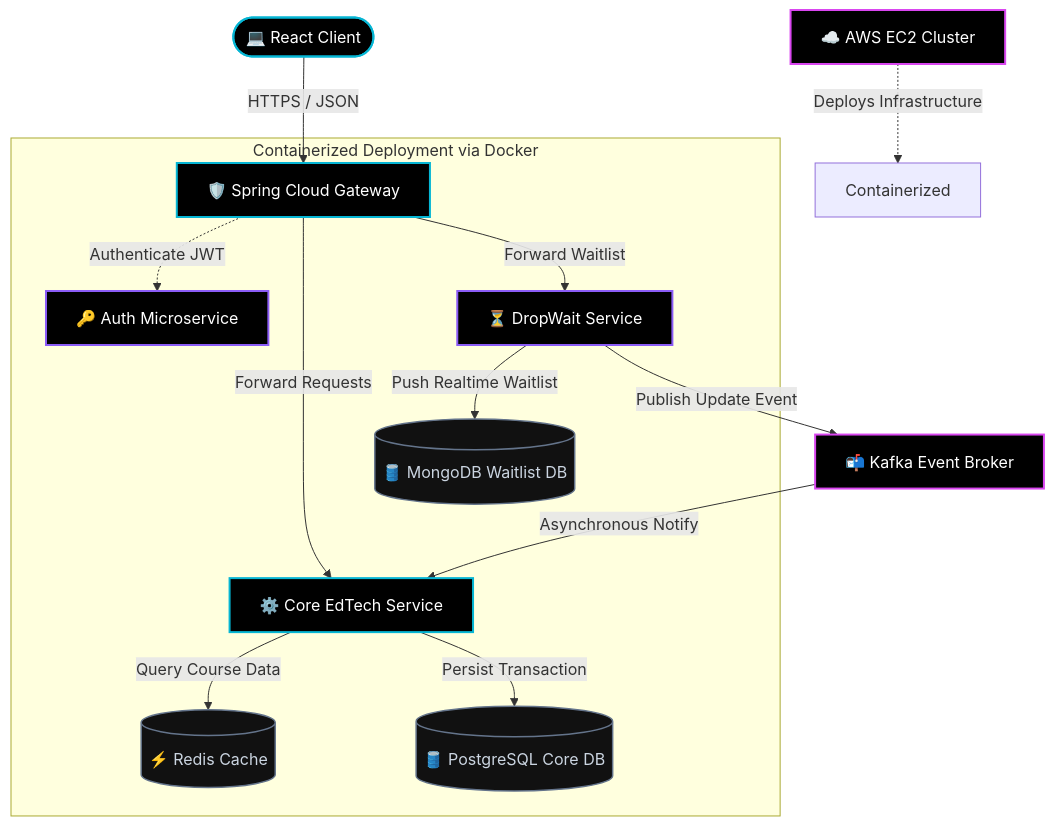
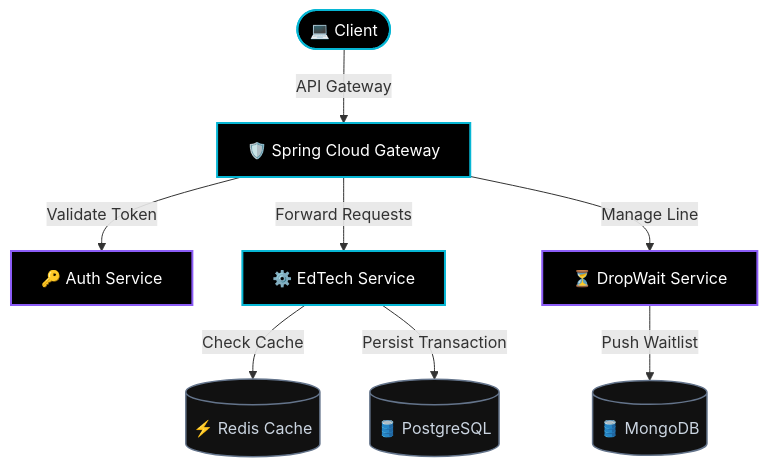
Before and after one commit to mihir000777/mihir000777: the diagram in README.md, drawn with Mermaid. The commit also changed other lines of this file, not shown here.

````diff
--- a/README.md
+++ b/README.md
@@ -326,58 +169,18 @@
 ```mermaid
 graph TD
-    %% Define Nodes
-    Client([💻 React Client])
-    Gateway[🛡️ Spring Cloud Gateway]
-    Auth[🔑 Auth Microservice]
-    CoreService[⚙️ Core EdTech Service]
-    QueueService[⏳ DropWait Service]
-    Broker[📬 Kafka Event Broker]
-    Cache[(⚡ Redis Cache)]
-    SQLDB[(🛢️ PostgreSQL Core DB)]
-    NoSQLDB[(🛢️ MongoDB Waitlist DB)]
-    AWS[☁️ AWS EC2 Cluster]
-
-    %% Define Flows
-    Client -->|HTTPS / JSON| Gateway
-    Gateway -.->|Authenticate JWT| Auth
-    Gateway -->|Forward Requests| CoreService
-    Gateway -->|Forward Waitlist| QueueService
+    Client([💻 Client]) -->|API Gateway| GW[🛡️ Spring Cloud Gateway]
+    GW -->|Validate Token| Auth[🔑 Auth Service]
+    GW -->|Forward Requests| App[⚙️ EdTech Service]
+    GW -->|Manage Line| Queue[⏳ DropWait Service]
     
-    CoreService -->|Query Course Data| Cache
-    CoreService -->|Persist Transaction| SQLDB
+    App -->|Check Cache| Redis[(⚡ Redis Cache)]
+    App -->|Persist Transaction| SQL[(🛢️ PostgreSQL)]
+    Queue -->|Push Waitlist| Mongo[(🛢️ MongoDB)]
     
-    QueueService -->|Push Realtime Waitlist| NoSQLDB
-    QueueService -->|Publish Update Event| Broker
-    
-    Broker -->|Asynchronous Notify| CoreService
-    
-    %% Styling Groupings
-    subgraph Containerized Deployment via Docker
-        Gateway
-        Auth
-        CoreService
-        QueueService
-        Cache
-        SQLDB
-        NoSQLDB
-    end
-    
-    AWS -.->|Deploys Infrastructure| Containerized
-    
-    %% Style Defs
     classDef cyberCyan fill:#000000,stroke:#06b6d4,stroke-width:2px,color:#fff;
     classDef cyberPurple fill:#000000,stroke:#8b5cf6,stroke-width:2px,color:#fff;
-    classDef cyberPink fill:#000000,stroke:#d946ef,stroke-width:2px,color:#fff;
     classDef database fill:#111,stroke:#64748b,stroke-width:1.5px,color:#cbd5e1;
-    
-    class Client cyberCyan;
-    class Gateway cyberCyan;
-    class CoreService cyberCyan;
-    class QueueService cyberPurple;
-    class Auth cyberPurple;
-    class Broker cyberPink;
-    class Cache database;
-    class SQLDB database;
-    class NoSQLDB database;
-    class AWS cyberPink;
+    class Client,GW,App cyberCyan;
+    class Auth,Queue cyberPurple;
+    class Redis,SQL,Mongo database;
 ```
````
